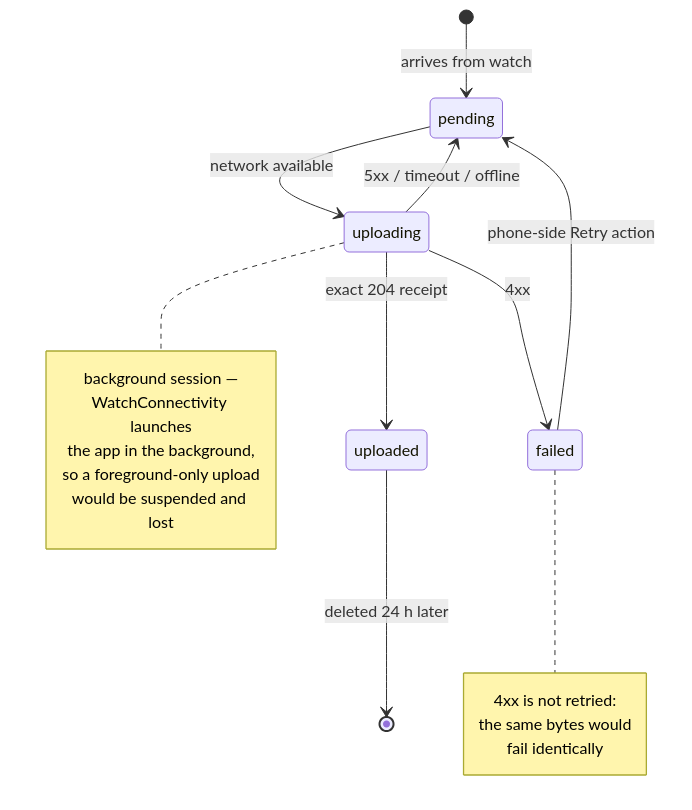
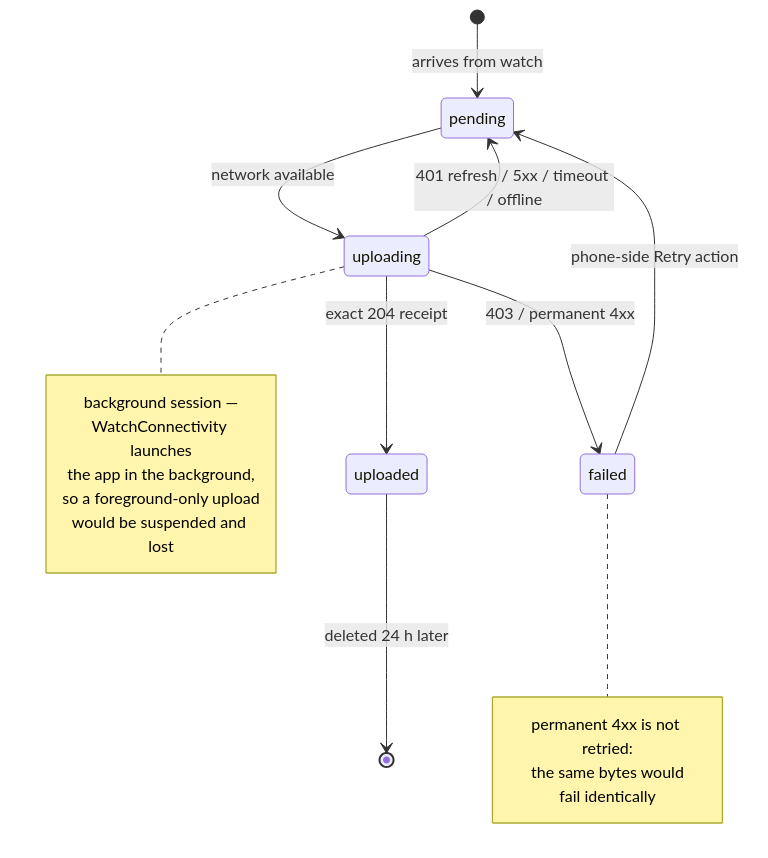
The third of 4 diagrams in docs/architecture/1a_UPLOAD_PATHS.md (FrankLong1/watch-recorder), drawn with Mermaid before and after one commit. The commit also changed other lines of this file and 71 other files, not shown here.

````diff
--- a/docs/architecture/1a_UPLOAD_PATHS.md
+++ b/docs/architecture/1a_UPLOAD_PATHS.md
@@ -94,24 +94,24 @@
 ```mermaid
 stateDiagram-v2
     [*] --> pending: arrives from watch
     pending --> uploading: network available
     uploading --> uploaded: exact 204 receipt
-    uploading --> pending: 5xx / timeout / offline
-    uploading --> failed: 4xx
+    uploading --> pending: 401 refresh / 5xx / timeout / offline
+    uploading --> failed: 403 / permanent 4xx
     failed --> pending: phone-side Retry action
     uploaded --> [*]: deleted 24 h later
 
     note right of uploading
         background session —
         WatchConnectivity launches
         the app in the background,
         so a foreground-only upload
         would be suspended and lost
     end note
 
     note right of failed
-        4xx is not retried:
+        permanent 4xx is not retried:
         the same bytes would
         fail identically
     end note
 ```
````
